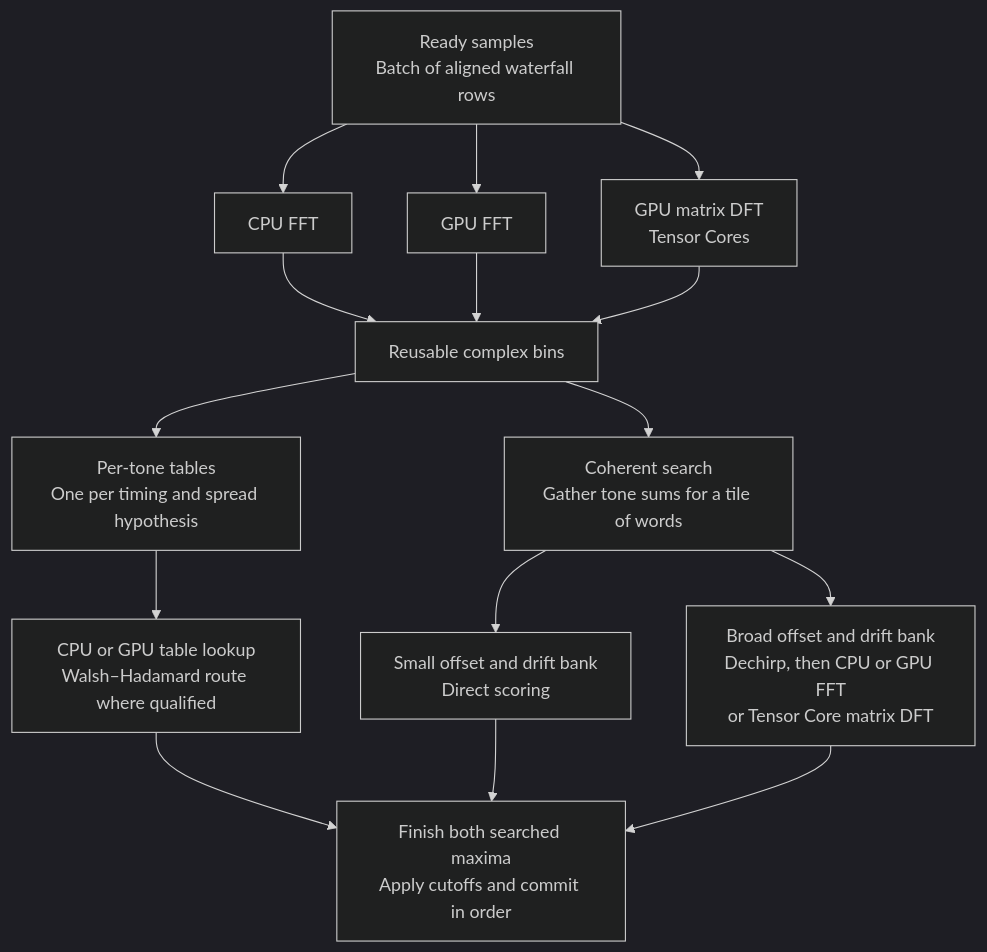
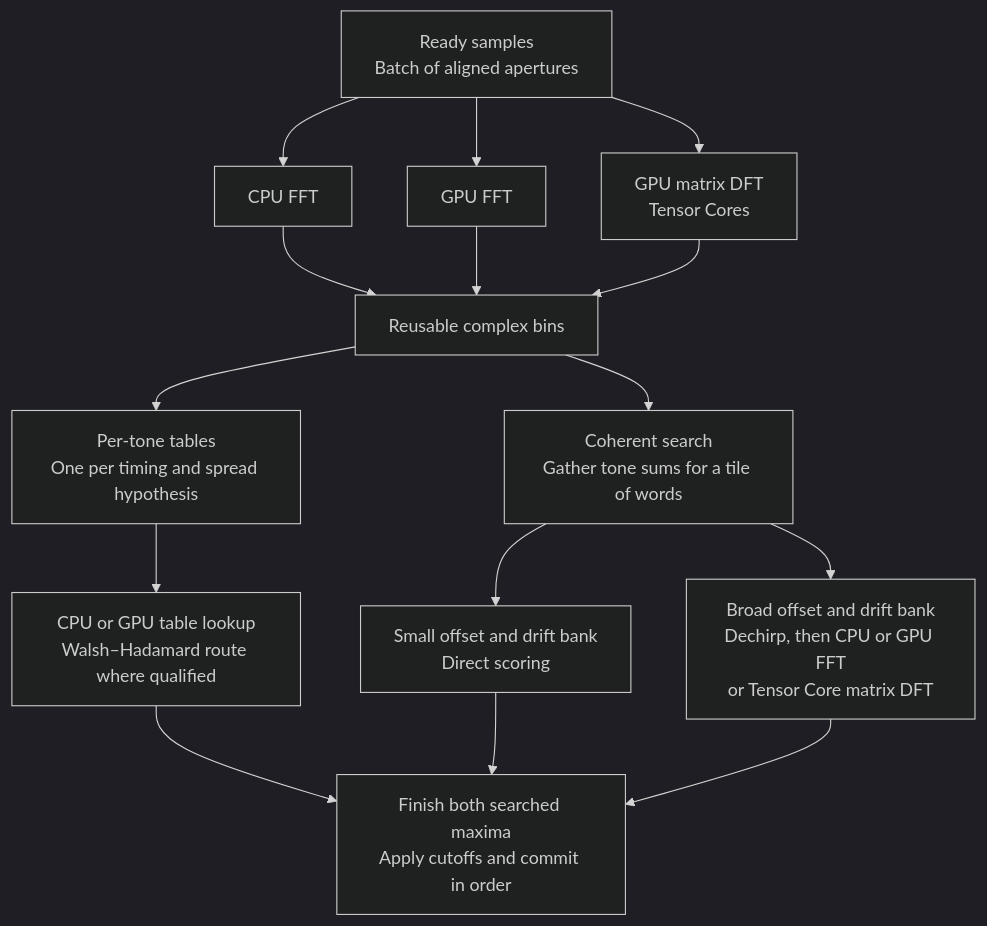
Before and after one commit to mirage335-colossus/pumpModem: the second of 3 diagrams in _appraisal/matrixModem-FSK.md, drawn with Mermaid (dark theme). The commit also changed other lines of this file and 2 other files, not shown here.

````diff
--- a/_appraisal/matrixModem-FSK.md
+++ b/_appraisal/matrixModem-FSK.md
@@ -127,18 +135,18 @@
 ```mermaid
 flowchart TD
-    samples["Ready samples<br/>Batch of aligned waterfall rows"]
+    samples["Ready samples<br/>Batch of aligned apertures"]
     samples --> cpu["CPU FFT"]
     samples --> gpu["GPU FFT"]
     samples --> dft["GPU matrix DFT<br/>Tensor Cores"]
     cpu --> bins["Reusable complex bins"]
     gpu --> bins
     dft --> bins
     bins --> energy["Per-tone tables<br/>One per timing and spread hypothesis"]
     bins --> gather["Coherent search<br/>Gather tone sums for a tile of words"]
     energy --> lookup["CPU or GPU table lookup<br/>Walsh–Hadamard route where qualified"]
     gather --> direct["Small offset and drift bank<br/>Direct scoring"]
     gather --> wide["Broad offset and drift bank<br/>Dechirp, then CPU or GPU FFT<br/>or Tensor Core matrix DFT"]
     lookup --> decision["Finish both searched maxima<br/>Apply cutoffs and commit in order"]
     direct --> decision
     wide --> decision
 ```
````
